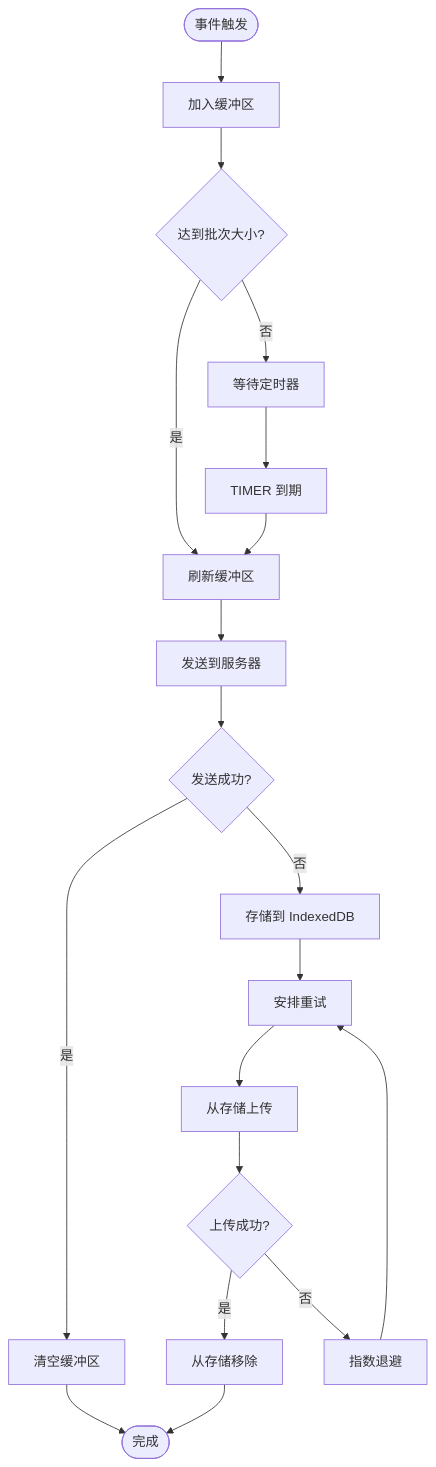
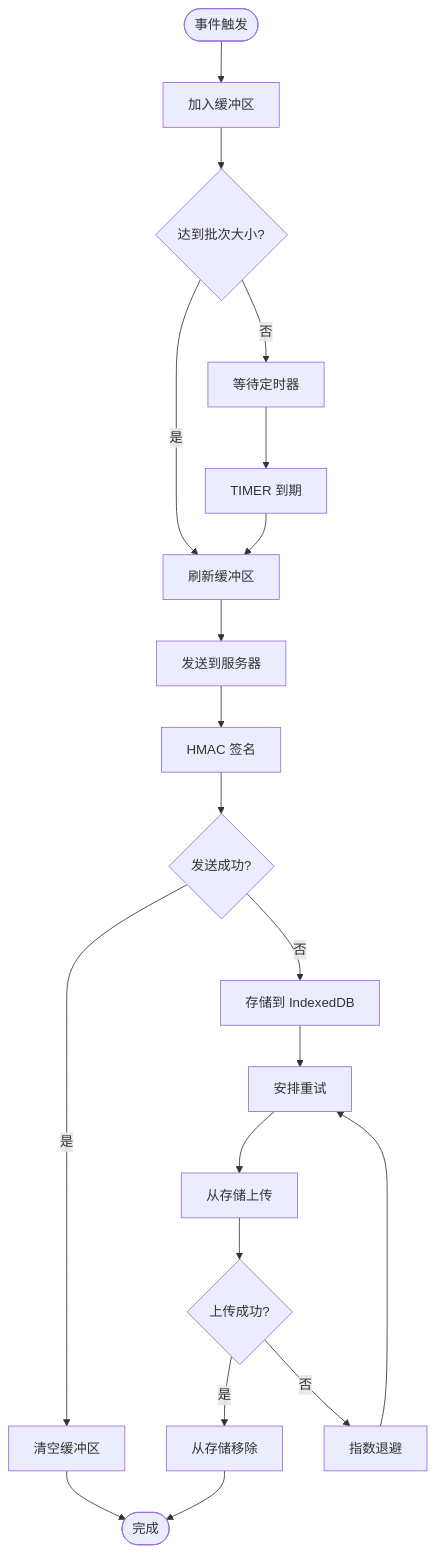
One commit to zhen-zhong/AeroLog changed the sixth of 15 diagrams in .qoder/repowiki/zh/content/监控与可观测性/调试器系统.md. Above: the diagram before and after it, drawn with Mermaid. The commit also changed other lines of this file and 130 other files, not shown here.

````diff
--- a/.qoder/repowiki/zh/content/监控与可观测性/调试器系统.md
+++ b/.qoder/repowiki/zh/content/监控与可观测性/调试器系统.md
@@ -352,21 +407,22 @@
 ```mermaid
 flowchart TD
 START([事件触发]) --> ENQUEUE[加入缓冲区]
 ENQUEUE --> BATCH_CHECK{达到批次大小?}
 BATCH_CHECK --> |是| FLUSH[刷新缓冲区]
 BATCH_CHECK --> |否| WAIT[等待定时器]
 FLUSH --> SEND[发送到服务器]
-SEND --> SEND_SUCCESS{发送成功?}
+SEND --> SIGNATURE[HMAC 签名]
+SIGNATURE --> SEND_SUCCESS{发送成功?}
 SEND_SUCCESS --> |是| CLEAR_BUFFER[清空缓冲区]
 SEND_SUCCESS --> |否| STORE[存储到 IndexedDB]
 STORE --> RETRY[安排重试]
 RETRY --> UPLOAD_FROM_STORE[从存储上传]
 UPLOAD_FROM_STORE --> STORE_SUCCESS{上传成功?}
 STORE_SUCCESS --> |是| REMOVE_FROM_STORE[从存储移除]
 STORE_SUCCESS --> |否| BACKOFF[指数退避]
 BACKOFF --> RETRY
 CLEAR_BUFFER --> END([完成])
 REMOVE_FROM_STORE --> END
 WAIT --> TIMER_EXPIRED[TIMER 到期]
 TIMER_EXPIRED --> FLUSH
 ```
````
